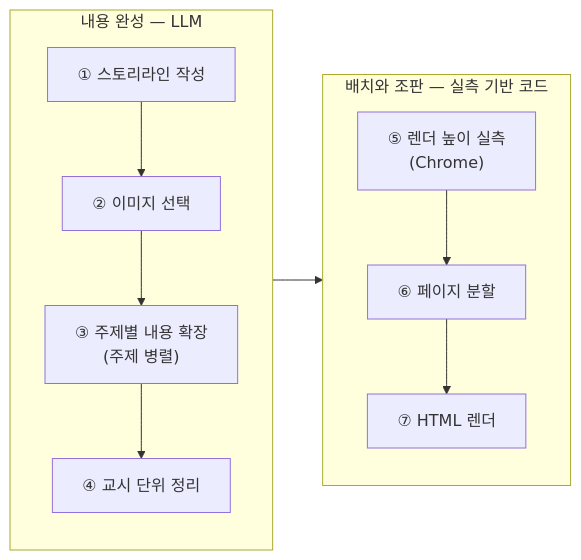
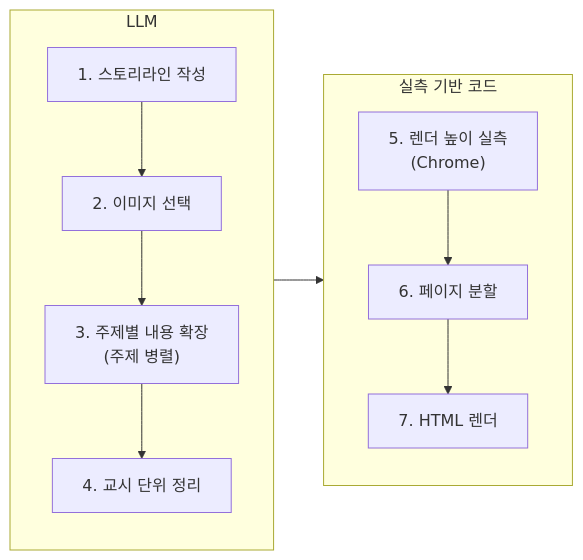
One commit to Doc-AI-Agent-development/Doc-AI-Agent-development.github.io changed the diagram in docs/edu-material/generation.md. Above: the diagram before and after it, drawn with Mermaid. The commit also changed other lines of this file and 1 other file, not shown here.

````diff
--- a/docs/edu-material/generation.md
+++ b/docs/edu-material/generation.md
@@ -17,15 +15,15 @@
 ```mermaid
 flowchart LR
-  subgraph W["내용 완성 — LLM"]
+  subgraph llm["LLM"]
     direction TB
-    W1["① 스토리라인 작성"] --> W2["② 이미지 선택"]
-    W2 --> W3["③ 주제별 내용 확장<br/>(주제 병렬)"]
-    W3 --> W4["④ 교시 단위 정리"]
+    A["1. 스토리라인 작성"] --> B["2. 이미지 선택"]
+    B --> C["3. 주제별 내용 확장<br/>(주제 병렬)"]
+    C --> D["4. 교시 단위 정리"]
   end
-  subgraph L["배치와 조판 — 실측 기반 코드"]
+  subgraph code["실측 기반 코드"]
     direction TB
-    L1["⑤ 렌더 높이 실측<br/>(Chrome)"] --> L2["⑥ 페이지 분할"]
-    L2 --> L3["⑦ HTML 렌더"]
+    E["5. 렌더 높이 실측<br/>(Chrome)"] --> F["6. 페이지 분할"]
+    F --> G["7. HTML 렌더"]
   end
-  W4 --> L1
+  D --> E
 ```
````
